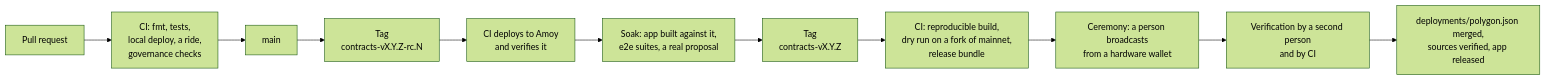
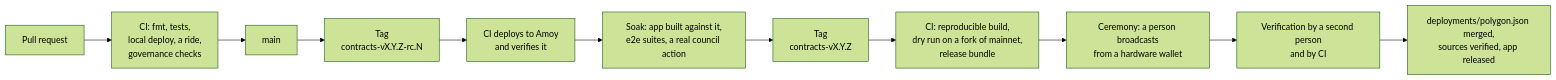
Before and after one commit to MuriloSchaefer/klippelgo: the first of 2 diagrams in contracts/docs/deployment.md, drawn with Mermaid (forest theme). The commit also changed other lines of this file and 34 other files, not shown here.

````diff
--- a/contracts/docs/deployment.md
+++ b/contracts/docs/deployment.md
@@ -44,13 +44,13 @@
 ```mermaid
 flowchart LR
     pr[Pull request] --> ci[CI: fmt, tests,<br/>local deploy, a ride,<br/>governance checks]
     ci --> main[main]
     main --> rc[Tag<br/>contracts-vX.Y.Z-rc.N]
     rc --> amoy[CI deploys to Amoy<br/>and verifies it]
-    amoy --> soak[Soak: app built against it,<br/>e2e suites, a real proposal]
+    amoy --> soak[Soak: app built against it,<br/>e2e suites, a real council action]
     soak --> tag[Tag<br/>contracts-vX.Y.Z]
     tag --> rel[CI: reproducible build,<br/>dry run on a fork of mainnet,<br/>release bundle]
     rel --> cer[Ceremony: a person broadcasts<br/>from a hardware wallet]
     cer --> ver[Verification by a second person<br/>and by CI]
     ver --> pub[deployments/polygon.json merged,<br/>sources verified, app released]
 ```
````
